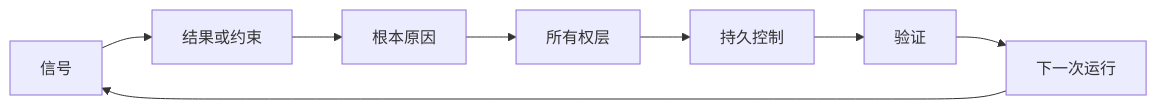
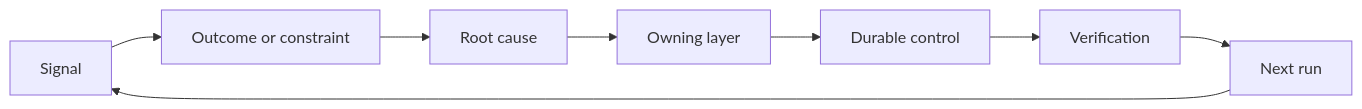
The diagram in i18n/zh/phases/14-agent-engineering/54-build-the-feedback-ratchet/docs/zh.md (xiaojiaenen/ai-engineering-from-scratch-zh), drawn with Mermaid before and after one commit. The commit also changed other lines of this file and 54 other files, not shown here.

````diff
--- a/i18n/zh/phases/14-agent-engineering/54-build-the-feedback-ratchet/docs/zh.md
+++ b/i18n/zh/phases/14-agent-engineering/54-build-the-feedback-ratchet/docs/zh.md
@@ -42,10 +42,10 @@
 ```mermaid
 flowchart LR
-  S[信号] --> O[结果或约束]
-  O --> R[根本原因]
-  R --> D[所有权层]
-  D --> C[持久控制]
-  C --> V[验证]
-  V --> N[下一次运行]
+  S[Signal] --> O[Outcome or constraint]
+  O --> R[Root cause]
+  R --> D[Owning layer]
+  D --> C[Durable control]
+  C --> V[Verification]
+  V --> N[Next run]
   N --> S
 ```
````
